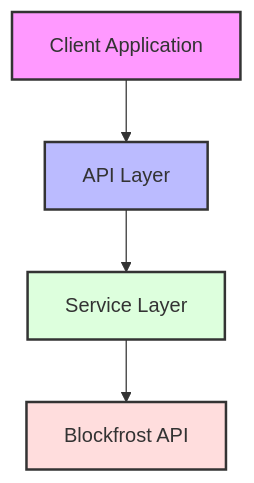
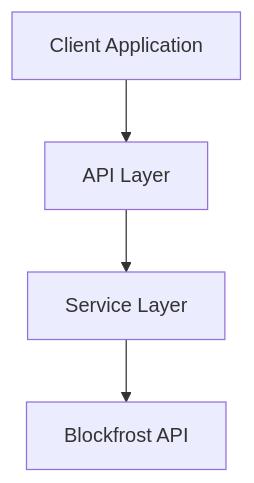
Before and after one commit to devnova777/cardano-explorer: the diagram in README.md, drawn with Mermaid. The commit also changed 1 other file, not shown here.

````diff
--- a/README.md
+++ b/README.md
@@ -5,11 +5,6 @@
 ```mermaid
 graph TD
     A[Client Application] --> B[API Layer]
     B --> C[Service Layer]
     C --> D[Blockfrost API]
-
-    style A fill:#f9f,stroke:#333,stroke-width:2px
-    style B fill:#bbf,stroke:#333,stroke-width:2px
-    style C fill:#dfd,stroke:#333,stroke-width:2px
-    style D fill:#fdd,stroke:#333,stroke-width:2px
 ```
````
